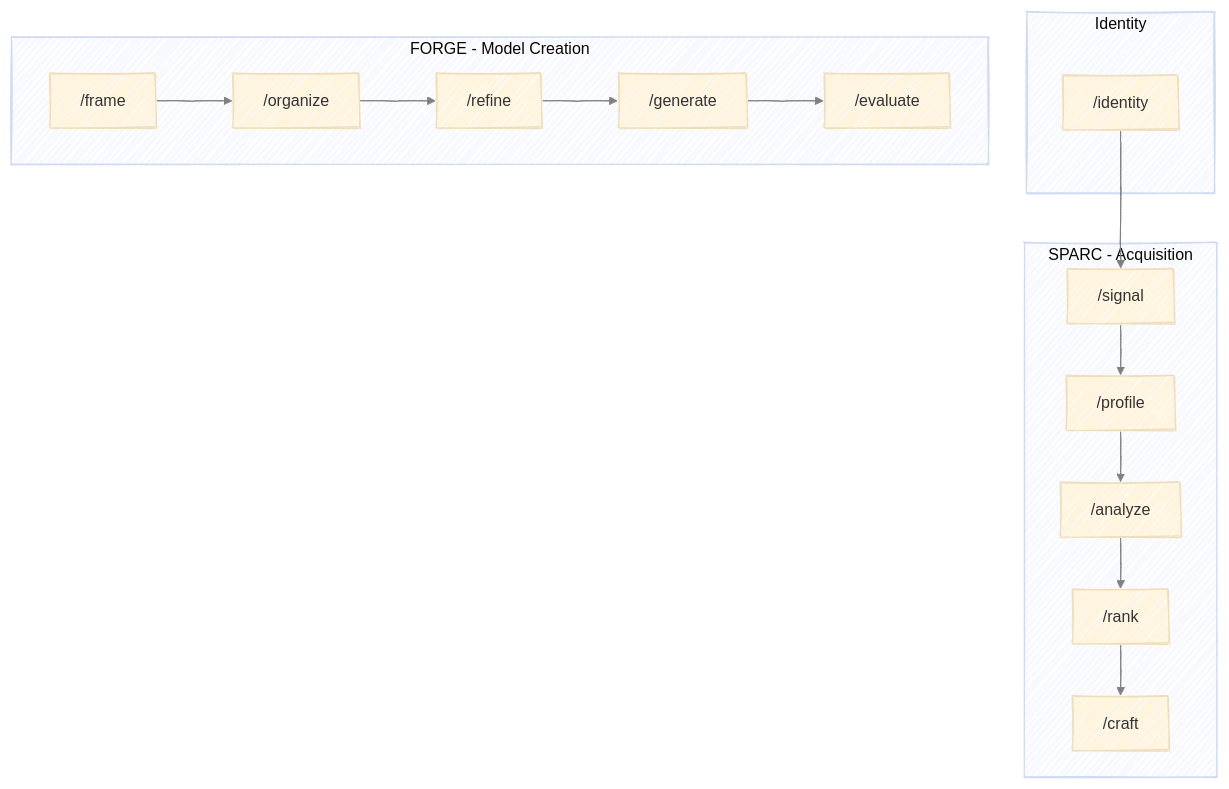
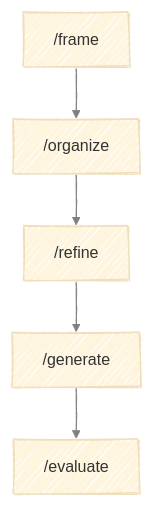
The diagram in docs/guides/execution.md (athrael-soju/framework-generator), drawn with Mermaid before and after one commit. The commit also changed other lines of this file and 20 other files, not shown here.

````diff
--- a/docs/guides/execution.md
+++ b/docs/guides/execution.md
@@ -5,30 +5,15 @@
 ```mermaid
 ---
 config:
   layout: dagre
   look: handDrawn
   theme: base
   themeVariables:
     lineColor: gray
 ---
 flowchart TB
-    subgraph Foundation ["Identity"]
-        Identity["/identity"]
-    end
-
-    subgraph SPARC ["SPARC - Acquisition"]
-        S["/signal"] --> P["/profile"]
-        P --> A["/analyze"]
-        A --> R["/rank"]
-        R --> C["/craft"]
-    end
-
-    subgraph FORGE ["FORGE - Model Creation"]
-        Fr["/frame"] --> O["/organize"]
-        O --> Re["/refine"]
-        Re --> G["/generate"]
-        G --> E["/evaluate"]
-    end
-
-    Identity --> S
+    Fr["/frame"] --> O["/organize"]
+    O --> Re["/refine"]
+    Re --> G["/generate"]
+    G --> E["/evaluate"]
 ```
````
